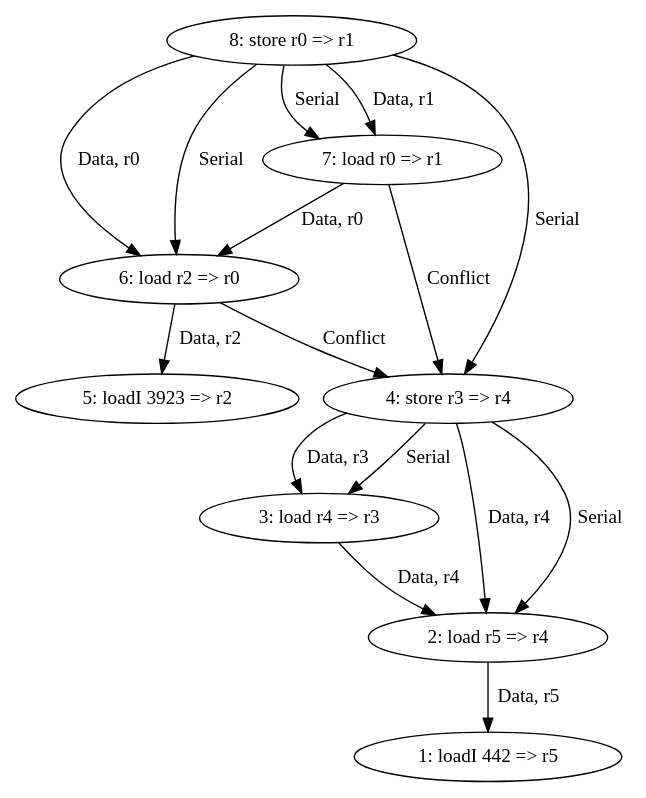
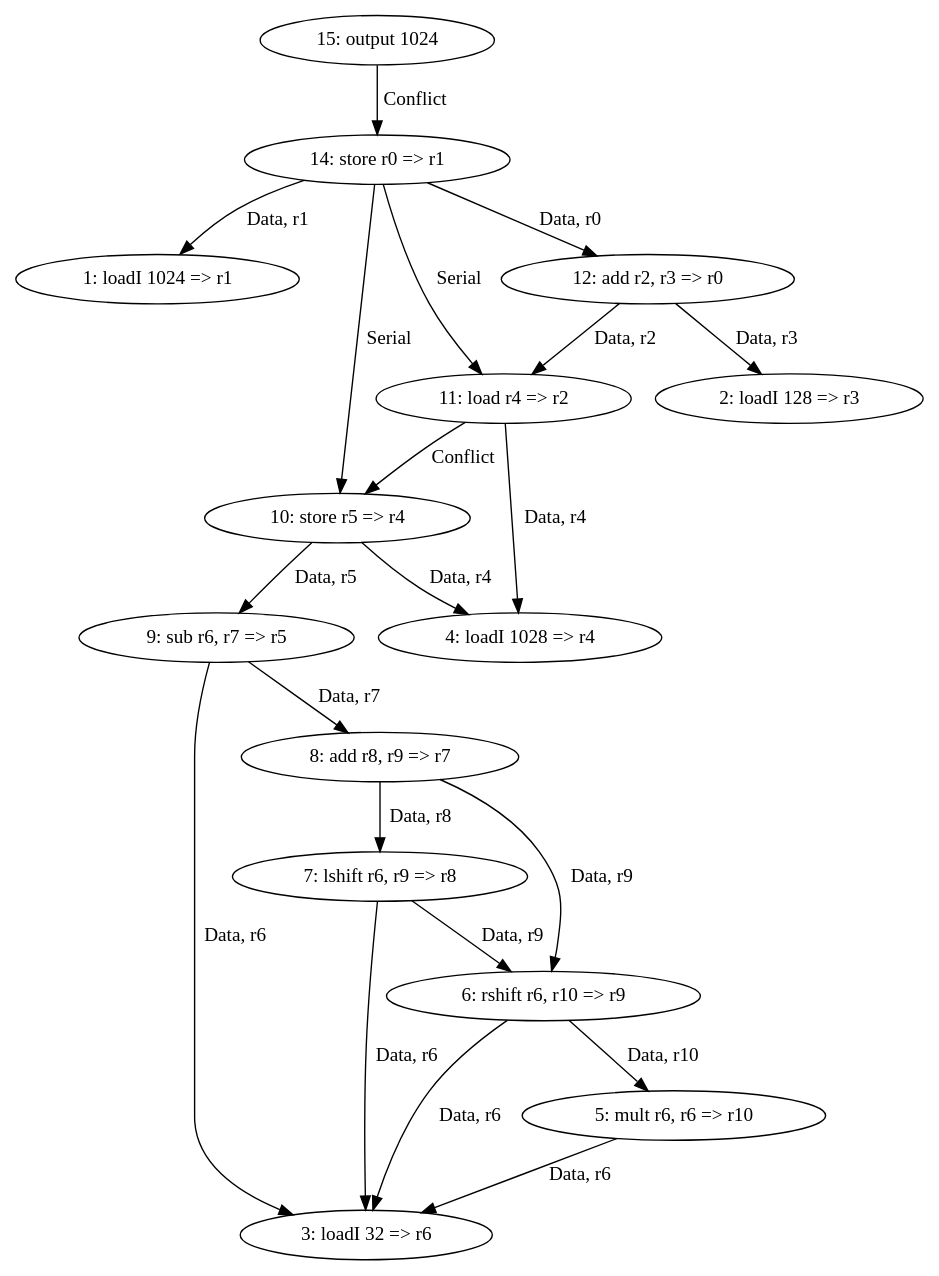
Before and after one commit to chipmanemma/comp412lab3: the diagram in graphText.dot, drawn with Graphviz. The commit also changed 4 other files, not shown here.

```diff
--- a/graphText.dot
+++ b/graphText.dot
@@ -1,26 +1,37 @@
 digraph test
 {
-1[label="1: loadI 442 => r5"];
-2[label="2: load r5 => r4"];
-2 -> 1[label="Data, r5"];
-3[label="3: load r4 => r3"];
-3 -> 2[label="Data, r4"];
-4[label="4: store r3 => r4"];
-4 -> 3[label="Data, r3"];
-4 -> 2[label="Data, r4"];
-4 -> 2[label="Serial"];
-4 -> 3[label="Serial"];
-5[label="5: loadI 3923 => r2"];
-6[label="6: load r2 => r0"];
-6 -> 5[label="Data, r2"];
-6 -> 4[label="Conflict"];
-7[label="7: load r0 => r1"];
-7 -> 6[label="Data, r0"];
-7 -> 4[label="Conflict"];
-8[label="8: store r0 => r1"];
-8 -> 6[label="Data, r0"];
-8 -> 7[label="Data, r1"];
-8 -> 6[label="Serial"];
-8 -> 7[label="Serial"];
-8 -> 4[label="Serial"];
+1[label="1: loadI 1024 => r1"];
+2[label="2: loadI 128 => r3"];
+3[label="3: loadI 32 => r6"];
+4[label="4: loadI 1028 => r4"];
+5[label="5: mult r6, r6 => r10"];
+5 -> 3[label="Data, r6"];
+6[label="6: rshift r6, r10 => r9"];
+6 -> 3[label="Data, r6"];
+6 -> 5[label="Data, r10"];
+7[label="7: lshift r6, r9 => r8"];
+7 -> 3[label="Data, r6"];
+7 -> 6[label="Data, r9"];
+8[label="8: add r8, r9 => r7"];
+8 -> 7[label="Data, r8"];
+8 -> 6[label="Data, r9"];
+9[label="9: sub r6, r7 => r5"];
+9 -> 3[label="Data, r6"];
+9 -> 8[label="Data, r7"];
+10[label="10: store r5 => r4"];
+10 -> 9[label="Data, r5"];
+10 -> 4[label="Data, r4"];
+11[label="11: load r4 => r2"];
+11 -> 4[label="Data, r4"];
+11 -> 10[label="Conflict"];
+12[label="12: add r2, r3 => r0"];
+12 -> 11[label="Data, r2"];
+12 -> 2[label="Data, r3"];
+14[label="14: store r0 => r1"];
+14 -> 12[label="Data, r0"];
+14 -> 1[label="Data, r1"];
+14 -> 11[label="Serial"];
+14 -> 10[label="Serial"];
+15[label="15: output 1024"];
+15 -> 14[label="Conflict"];
 }
```
